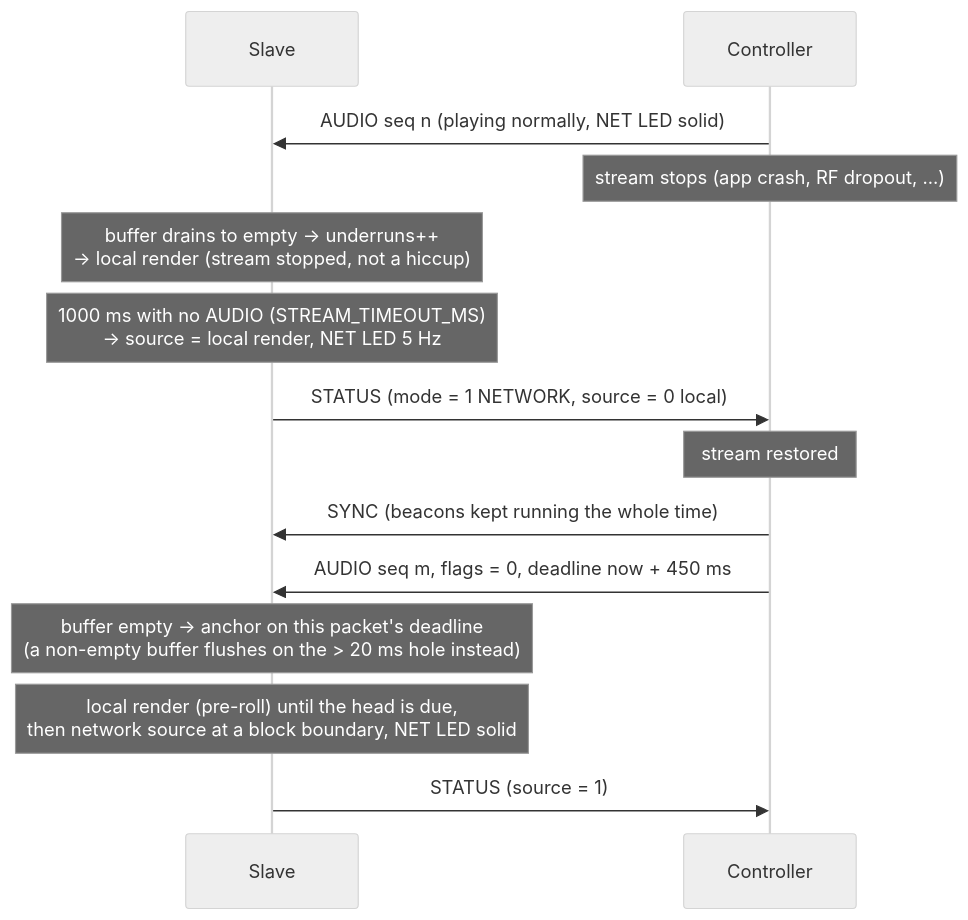
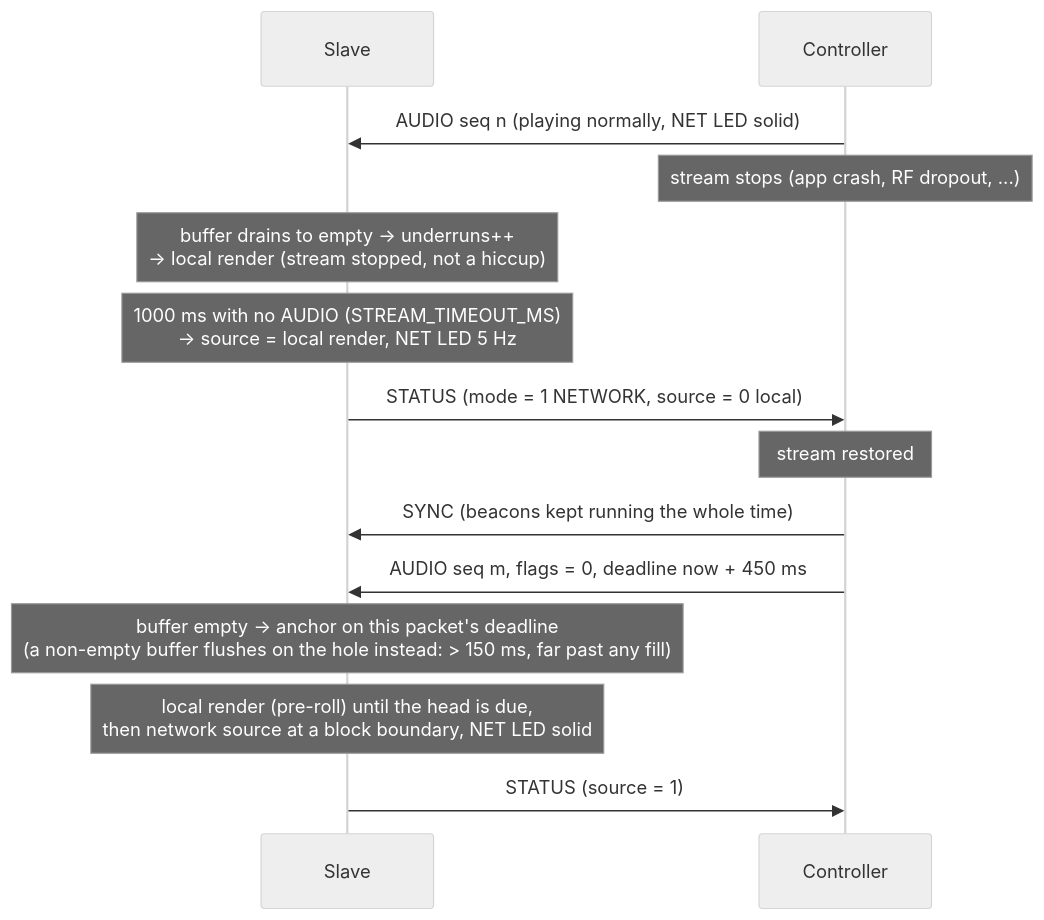
The second of 3 diagrams in docs/protocol.md (finnff/hyper-osci), drawn with Mermaid (neutral theme) before and after one commit. The commit also changed other lines of this file and 17 other files, not shown here.

````diff
--- a/docs/protocol.md
+++ b/docs/protocol.md
@@ -431,17 +437,17 @@
 ```mermaid
 sequenceDiagram
     participant S as Slave
     participant C as Controller
 
     C->>S: AUDIO seq n (playing normally, NET LED solid)
     Note over C: stream stops (app crash, RF dropout, ...)
     Note over S: buffer drains to empty -> underruns++<br/>-> local render (stream stopped, not a hiccup)
     Note over S: 1000 ms with no AUDIO (STREAM_TIMEOUT_MS)<br/>-> source = local render, NET LED 5 Hz
     S->>C: STATUS (mode = 1 NETWORK, source = 0 local)
     Note over C: stream restored
     C->>S: SYNC (beacons kept running the whole time)
     C->>S: AUDIO seq m, flags = 0, deadline now + 450 ms
-    Note over S: buffer empty -> anchor on this packet's deadline<br/>(a non-empty buffer flushes on the > 20 ms hole instead)
+    Note over S: buffer empty -> anchor on this packet's deadline<br/>(a non-empty buffer flushes on the hole instead: > 150 ms, far past any fill)
     Note over S: local render (pre-roll) until the head is due,<br/>then network source at a block boundary, NET LED solid
     S->>C: STATUS (source = 1)
 ```
````
